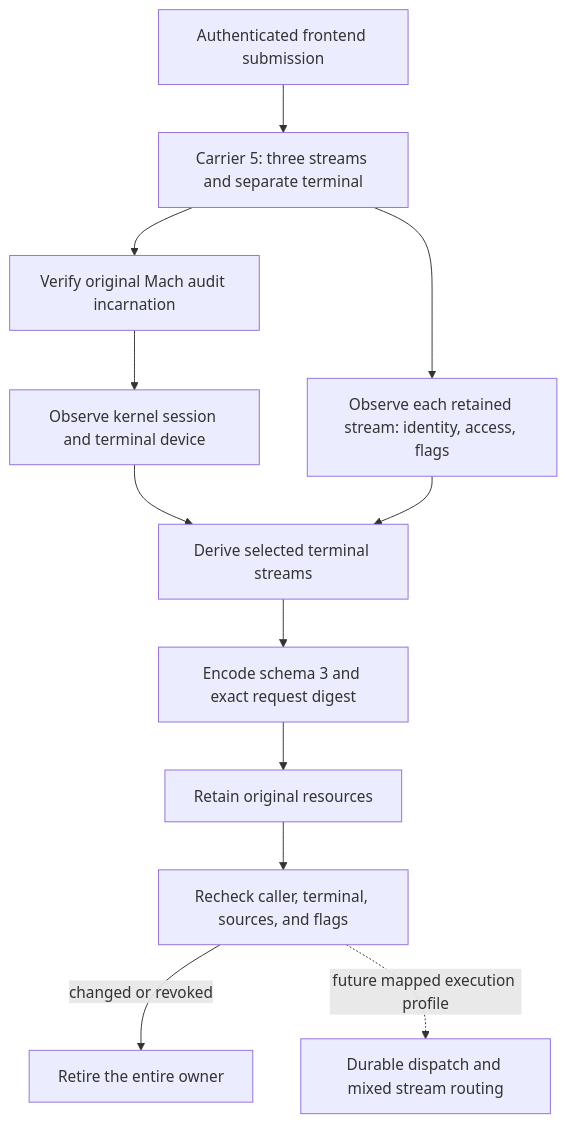
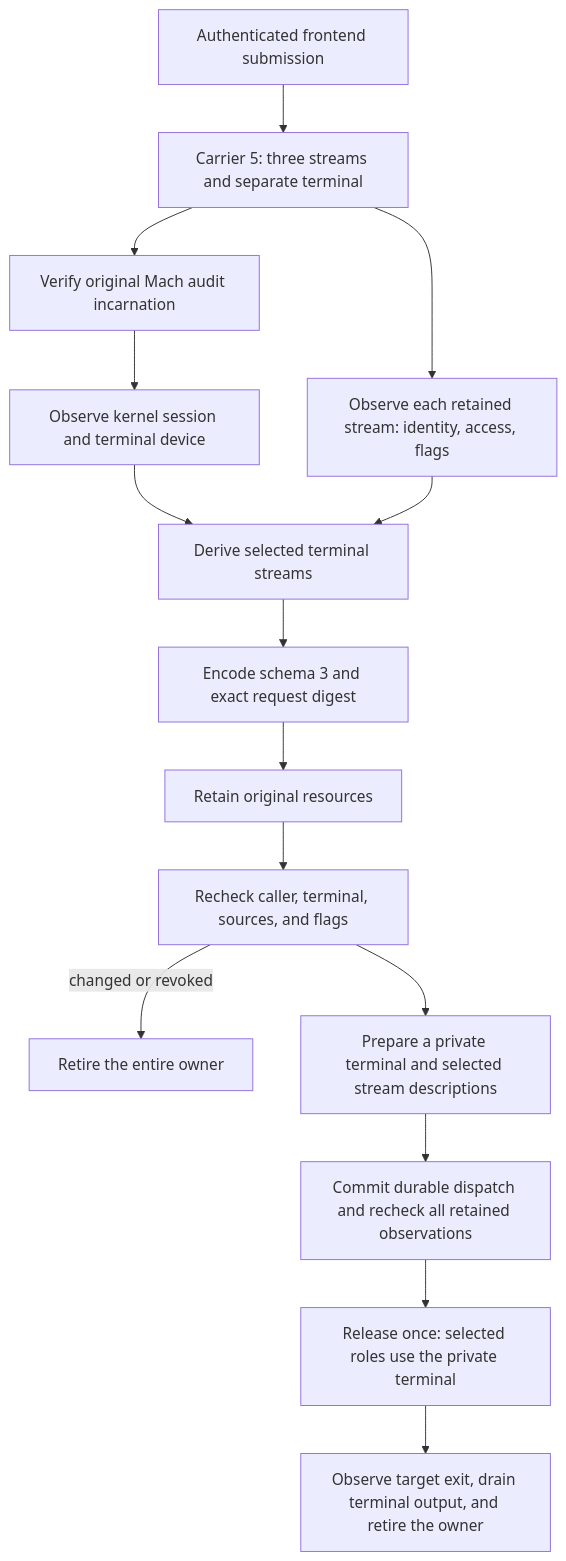
One commit to rock3r/remozio changed the diagram in docs/macos-command-stdio-layout.md. Above: the diagram before and after it, drawn with Mermaid. The commit also changed other lines of this file and 15 other files, not shown here.

First line of the commit message:
Wire captured stream layouts into native command execution (#268)

````diff
--- a/docs/macos-command-stdio-layout.md
+++ b/docs/macos-command-stdio-layout.md
@@ -7,14 +7,17 @@
 ```mermaid
 flowchart TD
     F[Authenticated frontend submission] --> M[Carrier 5: three streams and separate terminal]
     M --> A[Verify original Mach audit incarnation]
     A --> K[Observe kernel session and terminal device]
     M --> S[Observe each retained stream: identity, access, flags]
     K --> L[Derive selected terminal streams]
     S --> L
     L --> C[Encode schema 3 and exact request digest]
     C --> R[Retain original resources]
     R --> Q[Recheck caller, terminal, sources, and flags]
     Q -->|changed or revoked| X[Retire the entire owner]
-    Q -. future mapped execution profile .-> D[Durable dispatch and mixed stream routing]
+    Q --> P[Prepare a private terminal and selected stream descriptions]
+    P --> D[Commit durable dispatch and recheck all retained observations]
+    D --> E[Release once: selected roles use the private terminal]
+    E --> O[Observe target exit, drain terminal output, and retire the owner]
 ```
````
